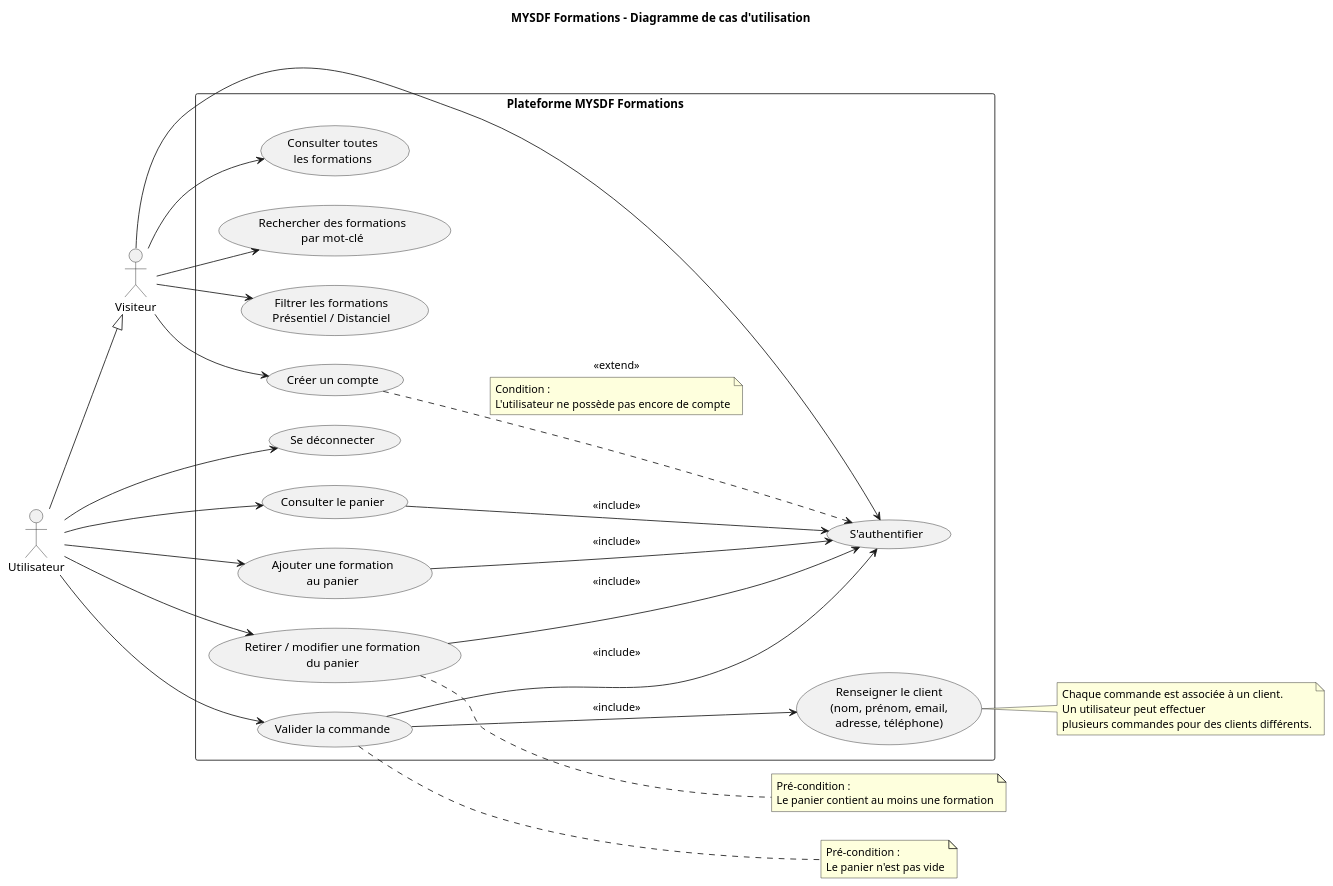
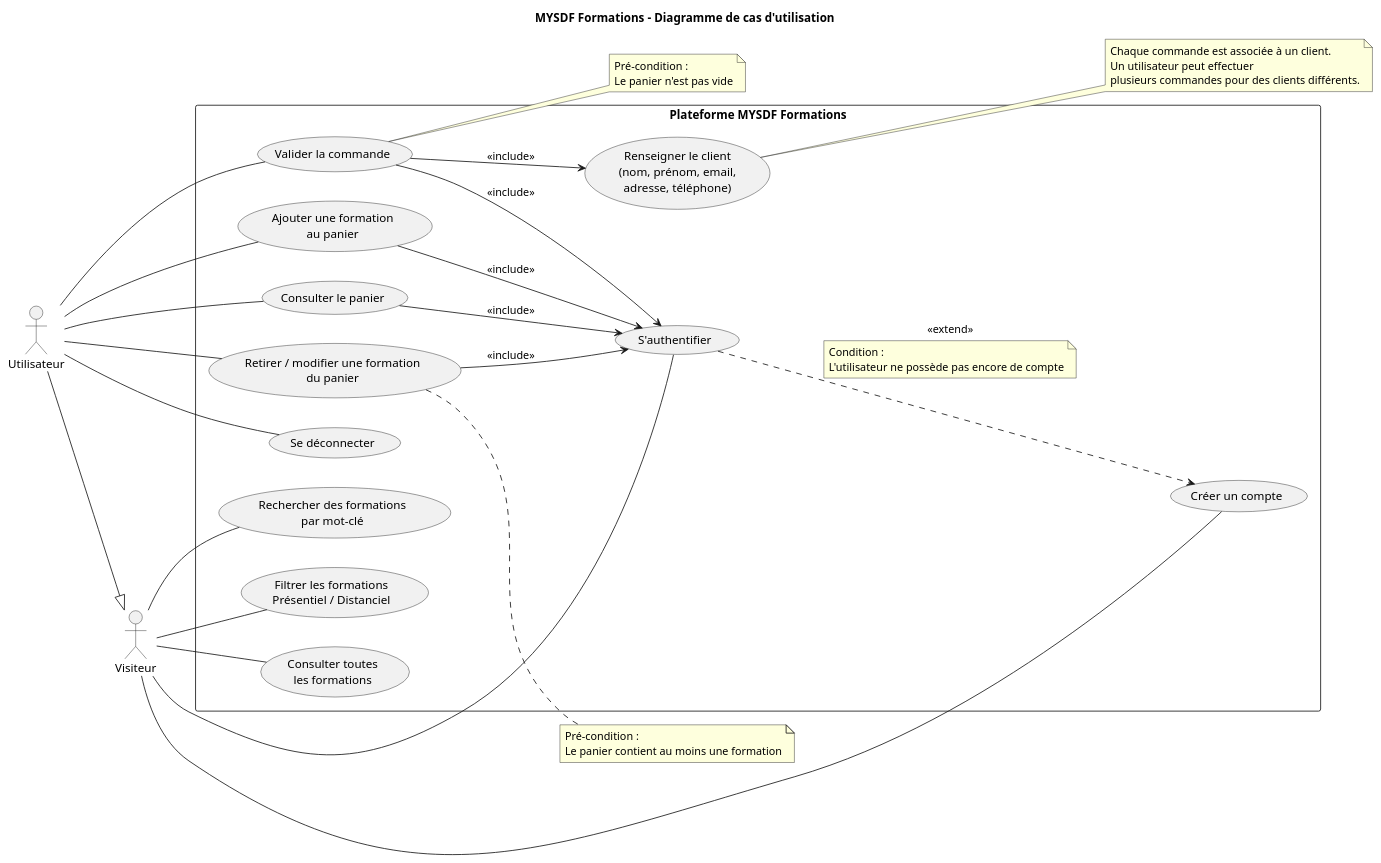
The diagram in src/main/resources/uml/useCases.puml (MarieLorraineFMS/eval-java), drawn with PlantUML before and after one commit. The commit also changed 1 other file, not shown here.

Commit message:
UML : Minor fixes after eval

```diff
--- a/src/main/resources/uml/useCases.puml
+++ b/src/main/resources/uml/useCases.puml
@@ -1,78 +1,78 @@
 @startuml Use Cases
 title MYSDF Formations – Diagramme de cas d'utilisation
 left to right direction
 
 actor "Visiteur" as Visitor
 actor "Utilisateur" as User
 
 rectangle "Plateforme MYSDF Formations" {
 
   ' === Catalogue formations ===
   usecase "Consulter toutes\nles formations" as UC_ListAll
   usecase "Rechercher des formations\npar mot-clé" as UC_Search
   usecase "Filtrer les formations\nPrésentiel / Distanciel" as UC_Filter
 
   ' === Authentification ===
   usecase "S'authentifier" as UC_Login
   usecase "Créer un compte" as UC_Register
   usecase "Se déconnecter" as UC_Logout
 
   ' === Panier & commande ===
   usecase "Consulter le panier" as UC_ViewCart
   usecase "Ajouter une formation\nau panier" as UC_AddToCart
   usecase "Retirer / modifier une formation\ndu panier" as UC_RemoveFromCart
   usecase "Valider la commande" as UC_Checkout
   usecase "Renseigner le client\n(nom, prénom, email,\nadresse, téléphone)" as UC_EnterClient
 }
 
 ' === Héritage acteurs ===
 User --|> Visitor
 
 ' === Visiteur ===
-Visitor --> UC_ListAll
-Visitor --> UC_Search
-Visitor --> UC_Filter
-Visitor --> UC_Login
-Visitor --> UC_Register
+Visitor -- UC_ListAll
+Visitor -- UC_Search
+Visitor -- UC_Filter
+Visitor -- UC_Login
+Visitor -- UC_Register
 
 ' === Utilisateur connecté ===
-User --> UC_Logout
-User --> UC_ViewCart
-User --> UC_AddToCart
-User --> UC_RemoveFromCart
-User --> UC_Checkout
+User -- UC_Logout
+User -- UC_ViewCart
+User -- UC_AddToCart
+User -- UC_RemoveFromCart
+User -- UC_Checkout
 
 ' === Authentification requise ===
 UC_ViewCart --> UC_Login : <<include>>
 UC_AddToCart --> UC_Login : <<include>>
 UC_RemoveFromCart --> UC_Login : <<include>>
 UC_Checkout --> UC_Login : <<include>>
 
 ' === Dépendance checkout ===
 UC_Checkout --> UC_EnterClient : <<include>>
 
 ' === Extension : création de compte ===
-UC_Register ..> UC_Login : <<extend>>
+UC_Login ..> UC_Register : <<extend>>
 note on link
 Condition :
 L'utilisateur ne possède pas encore de compte
 end note
 
 ' === Pré-conditions ===
 note right of UC_RemoveFromCart
 Pré-condition :
 Le panier contient au moins une formation
 end note
 
 note right of UC_Checkout
 Pré-condition :
 Le panier n'est pas vide
 end note
 
 note right of UC_EnterClient
 Chaque commande est associée à un client.
 Un utilisateur peut effectuer
 plusieurs commandes pour des clients différents.
 end note
 
 @enduml
```
